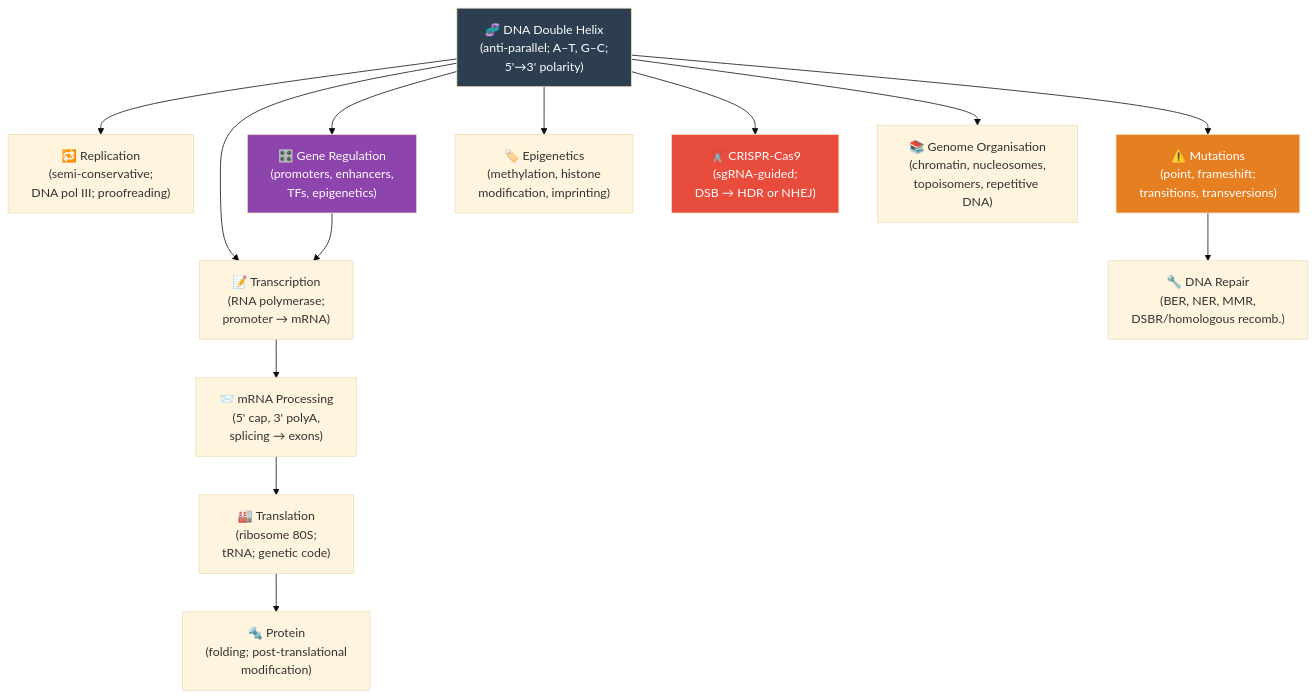
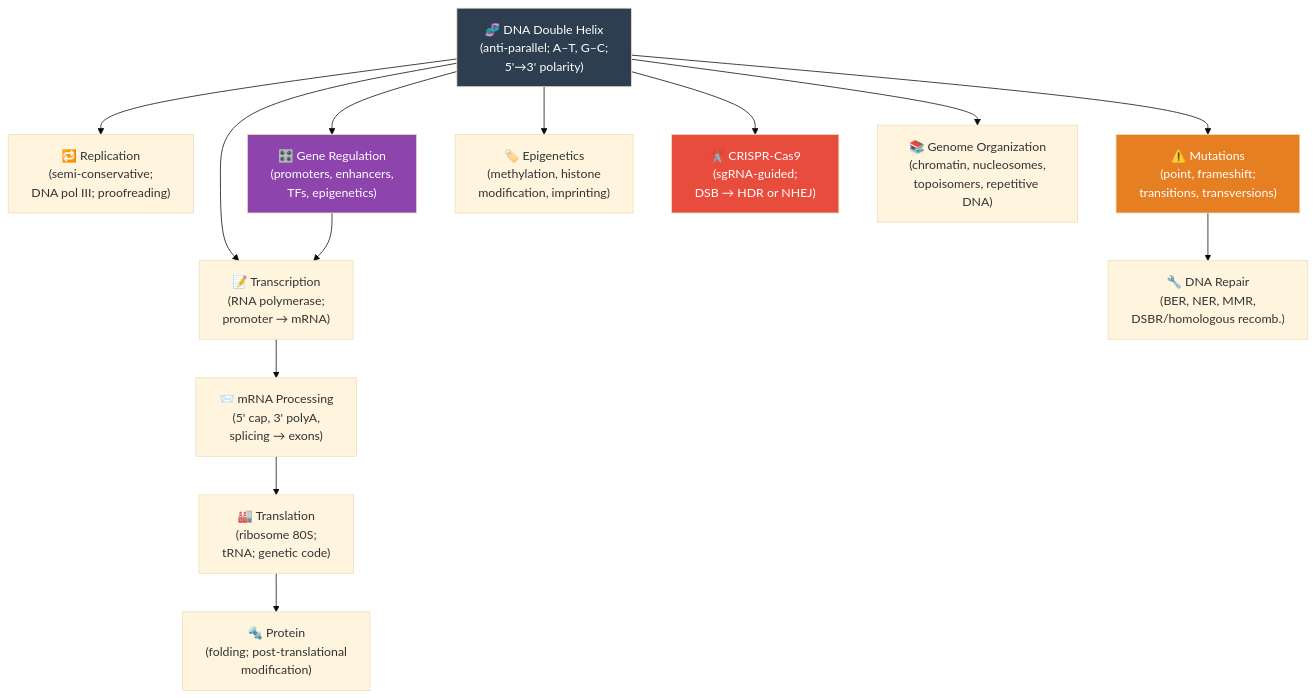
One commit to docxology/biology_textbook changed the diagram in manuscript/unit_IV/unit_intro.md. Above: the diagram before and after it, drawn with Mermaid (base theme). The commit also changed other lines of this file and 247 other files, not shown here.

````diff
--- a/manuscript/unit_IV/unit_intro.md
+++ b/manuscript/unit_IV/unit_intro.md
@@ -46,25 +45,25 @@
 ```mermaid
 graph TD
     DNA["🧬 DNA Double Helix<br/>(anti-parallel; A–T, G–C;<br/>5'→3' polarity)"] --> REP["🔁 Replication<br/>(semi-conservative;<br/>DNA pol III; proofreading)"]
     DNA --> TRANS["📝 Transcription<br/>(RNA polymerase;<br/>promoter → mRNA)"]
 
     TRANS --> mRNA["📨 mRNA Processing<br/>(5' cap, 3' polyA,<br/>splicing → exons)"]
     mRNA --> TRNSL["🏭 Translation<br/>(ribosome 80S;<br/>tRNA; genetic code)"]
     TRNSL --> PROT["🔩 Protein<br/>(folding; post-translational<br/>modification)"]
 
     DNA --> REG["🎛️ Gene Regulation<br/>(promoters, enhancers,<br/>TFs, epigenetics)"]
     REG --> TRANS
 
     DNA --> MUT["⚠️ Mutations<br/>(point, frameshift;<br/>transitions, transversions)"]
     MUT --> REPAIR["🔧 DNA Repair<br/>(BER, NER, MMR,<br/>DSBR/homologous recomb.)"]
     DNA --> EPIGEN["🏷️ Epigenetics<br/>(methylation, histone<br/>modification, imprinting)"]
 
     DNA --> CRISPR["✂️ CRISPR-Cas9<br/>(sgRNA-guided;<br/>DSB → HDR or NHEJ)"]
 
-    DNA --> GENOME["📚 Genome Organisation<br/>(chromatin, nucleosomes,<br/>topoisomers, repetitive DNA)"]
+    DNA --> GENOME["📚 Genome Organization<br/>(chromatin, nucleosomes,<br/>topoisomers, repetitive DNA)"]
 
     style DNA fill:#2c3e50,color:#fff
     style CRISPR fill:#e74c3c,color:#fff
     style REG fill:#8e44ad,color:#fff
     style MUT fill:#e67e22,color:#fff
 ```
````
